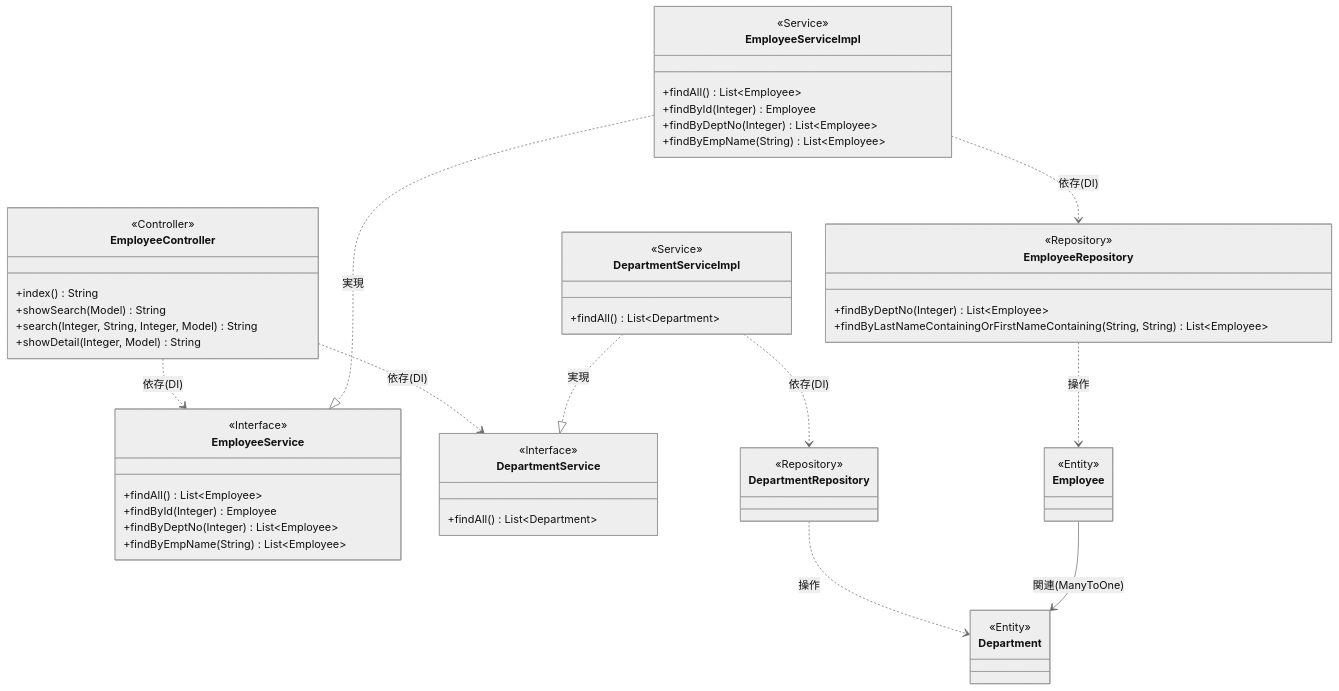
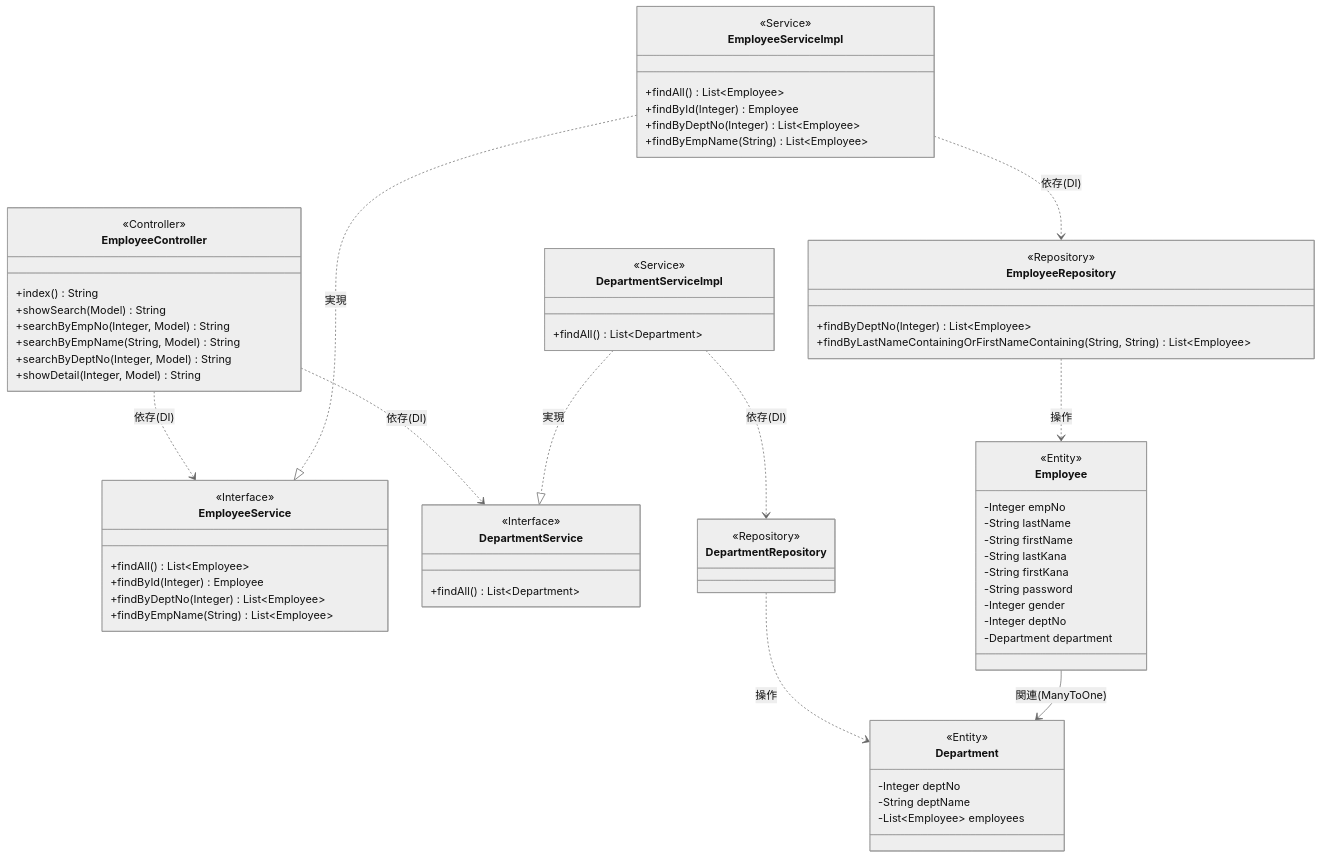
One commit to juyeongjung1/NewEIMS changed diagram 18 of 29 in EIMS_Comprehensive_Exercise_Guide.md. Above: the diagram before and after it, drawn with Mermaid (neutral theme). The commit also changed other lines of this file and 68 other files, not shown here.

````diff
--- a/EIMS_Comprehensive_Exercise_Guide.md
+++ b/EIMS_Comprehensive_Exercise_Guide.md
@@ -1331,52 +1494,70 @@
 ```mermaid
 classDiagram
     class EmployeeController {
         <<Controller>>
         +index() String
         +showSearch(Model) String
-        +search(Integer, String, Integer, Model) String
+        +searchByEmpNo(Integer, Model) String
+        +searchByEmpName(String, Model) String
+        +searchByDeptNo(Integer, Model) String
         +showDetail(Integer, Model) String
     }
     class EmployeeService {
         <<Interface>>
         +findAll() List~Employee~
         +findById(Integer) Employee
         +findByDeptNo(Integer) List~Employee~
         +findByEmpName(String) List~Employee~
     }
     class EmployeeServiceImpl {
         <<Service>>
         +findAll() List~Employee~
         +findById(Integer) Employee
         +findByDeptNo(Integer) List~Employee~
         +findByEmpName(String) List~Employee~
     }
     class DepartmentService {
         <<Interface>>
         +findAll() List~Department~
     }
     class DepartmentServiceImpl {
         <<Service>>
         +findAll() List~Department~
     }
     class EmployeeRepository {
         <<Repository>>
         +findByDeptNo(Integer) List~Employee~
         +findByLastNameContainingOrFirstNameContaining(String, String) List~Employee~
     }
     class DepartmentRepository {
         <<Repository>>
     }
-    class Employee { <<Entity>> }
-    class Department { <<Entity>> }
+    class Employee {
+        <<Entity>>
+        -Integer empNo
+        -String lastName
+        -String firstName
+        -String lastKana
+        -String firstKana
+        -String password
+        -Integer gender
+        -Integer deptNo
+        -Department department
+    }
+    class Department {
+        <<Entity>>
+        -Integer deptNo
+        -String deptName
+        -List~Employee~ employees
+    }
 
     EmployeeController ..> EmployeeService : 依存(DI)
     EmployeeController ..> DepartmentService : 依存(DI)
     EmployeeServiceImpl ..|> EmployeeService : 実現
     DepartmentServiceImpl ..|> DepartmentService : 実現
     EmployeeServiceImpl ..> EmployeeRepository : 依存(DI)
     DepartmentServiceImpl ..> DepartmentRepository : 依存(DI)
     EmployeeRepository ..> Employee : 操作
     DepartmentRepository ..> Department : 操作
     Employee --> Department : 関連(ManyToOne)
 ```
````
